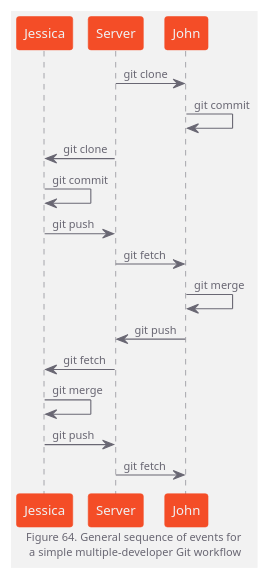
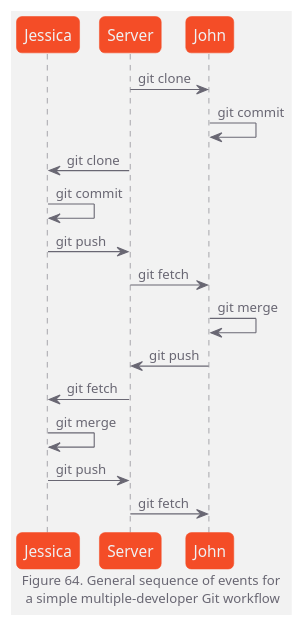
Before and after one commit to shiw13/plantuml: the diagram in sequence.puml, drawn with PlantUML. The commit also changed 1 other file, not shown here.

```diff
--- a/sequence.puml
+++ b/sequence.puml
@@ -1,39 +1,54 @@
 @startuml
 
-skinparam backgroundColor #f2f2f2
+<style>
+document {
+  FontSize 12
+  FontColor #696773
+  BackgroundColor #f2f2f2
+}
+
+sequenceDiagram {
+  FontColor #696773
+
+  arrow {
+    FontSize 12
+    LineColor #696773
+  }
+
+  participant {
+    FontSize 14
+    FontColor #eff1f3
+    LineColor #f44d27
+    BackgroundColor #f44d27
+  }
+
+  lifeLine {
+    LineColor #696773
+  }
+}
+</style>
+
 skinparam defaultFontName JetBrains Mono
-skinparam defaultFontColor #696773
 skinparam shadowing false
-
-skinparam sequence {
-ArrowColor #696773
-ArrowFontSize 10
-
-LifeLineBorderColor #696773
-
-ParticipantBorderColor #f44d27
-ParticipantBackgroundColor #f44d27
-ParticipantFontSize 12
-ParticipantFontColor #eff1f3
-}
+skinparam roundCorner 10
 
 participant Jessica
 participant Server
 participant John
 
 Server -> John: git clone
 John -> John: git commit
 Server -> Jessica: git clone
 Jessica -> Jessica: git commit
 Jessica -> Server: git push
 Server -> John: git fetch
 John -> John: git merge
 John -> Server: git push
 Server -> Jessica: git fetch
 Jessica -> Jessica: git merge
 Jessica -> Server: git push
 Server -> John: git fetch
 
 footer Figure 64. General sequence of events for\n a simple multiple-developer Git workflow
 
 @enduml
```
